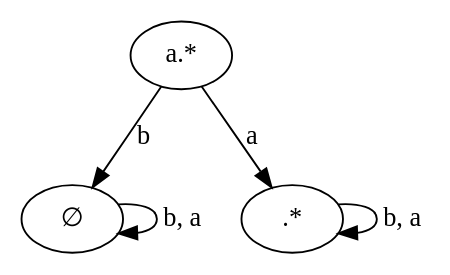
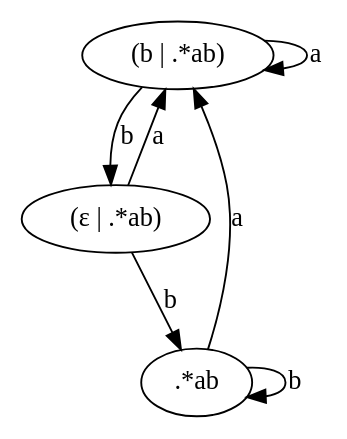
The diagram in graphs/dfa.dot (eniac/Reef), drawn with Graphviz before and after one commit. The commit also changed 3 other files, not shown here.

```diff
--- a/graphs/dfa.dot
+++ b/graphs/dfa.dot
@@ -1,9 +1,11 @@
 digraph example {
-    N0[label="a.*"];
-    N2[label="∅"];
-    N1[label=".*"];
+    N1[label="(b | .*ab)"];
+    N2[label="(ε | .*ab)"];
+    N0[label=".*ab"];
+    N1 -> N2[label="b"];
+    N2 -> N0[label="b"];
+    N1 -> N1[label="a"];
     N0 -> N1[label="a"];
-    N1 -> N1[label="b, a"];
-    N2 -> N2[label="b, a"];
-    N0 -> N2[label="b"];
+    N0 -> N0[label="b"];
+    N2 -> N1[label="a"];
 }
```
